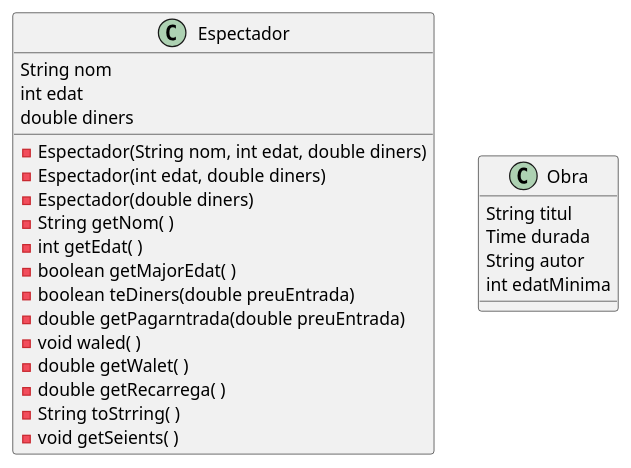
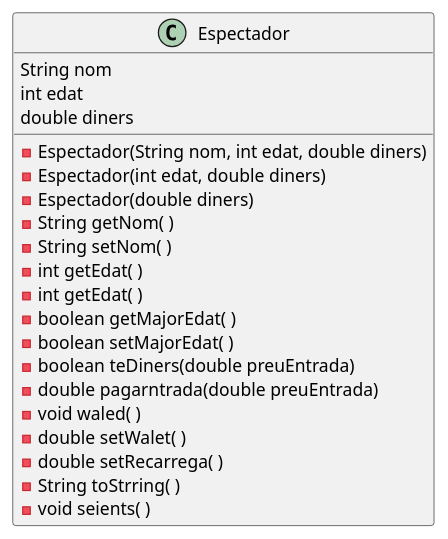
One commit to nataliacastell/telegrama changed the diagram in teatre.puml. Above: the diagram before and after it, drawn with PlantUML.

```diff
--- a/teatre.puml
+++ b/teatre.puml
@@ -1,28 +1,25 @@
 @startuml
 class Espectador{
     String nom 
     int edat 
     double diners 
 -Espectador(String nom, int edat, double diners)
 -Espectador(int edat, double diners)
 -Espectador(double diners)  
 -String getNom( )  
+-String setNom( )
+-int getEdat( )
 -int getEdat( )
 -boolean getMajorEdat( )
+-boolean setMajorEdat( )
 -boolean teDiners(double preuEntrada)
--double getPagarntrada(double preuEntrada)
+-double pagarntrada(double preuEntrada)
 -void waled( )
--double getWalet( )
--double getRecarrega( )
+-double setWalet( )
+-double setRecarrega( )
 -String toStrring( )
--void getSeients( )
-}
-class Obra{
-    String titul 
-    Time durada
-    String autor 
-    int edatMinima
-    
+-void seients( )
 }
 
+
 @enduml
```
